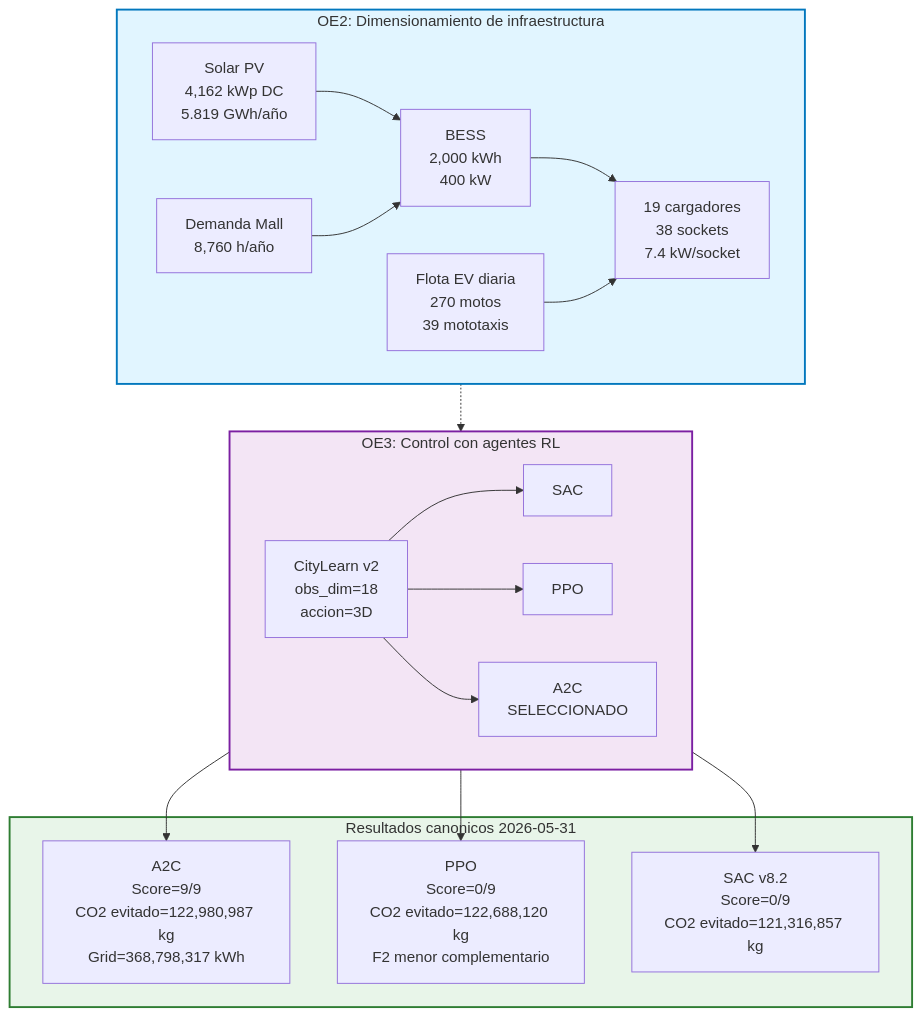
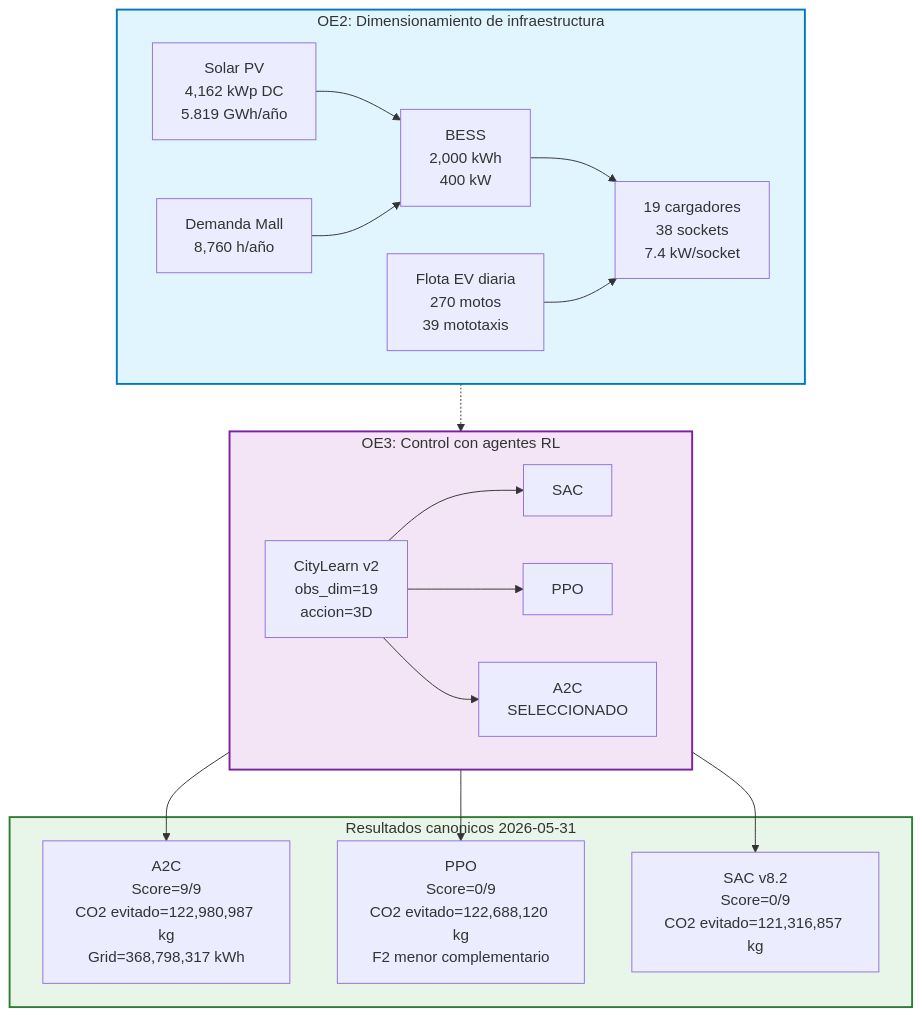
Before and after one commit to Mac-Tapia/dise-opvbesscar: the diagram in reports/01_ARQUITECTURA_PROYECTO.mmd, drawn with Mermaid. The commit also changed 65 other files, not shown here.

First line of the commit message:
fix(values): purge all stale 4050/obs_dim=18 across entire codebase

```diff
--- a/reports/01_ARQUITECTURA_PROYECTO.mmd
+++ b/reports/01_ARQUITECTURA_PROYECTO.mmd
@@ -1,41 +1,41 @@
 graph TB
     subgraph OE2["OE2: Dimensionamiento de infraestructura"]
         direction LR
         SOL["Solar PV<br/>4,162 kWp DC<br/>5.819 GWh/año"]
         MALL["Demanda Mall<br/>8,760 h/año"]
         BESS["BESS<br/>2,000 kWh<br/>400 kW"]
         CARGADORES["19 cargadores<br/>38 sockets<br/>7.4 kW/socket"]
         EV["Flota EV diaria<br/>270 motos<br/>39 mototaxis"]
 
         SOL --> BESS
         MALL --> BESS
         BESS --> CARGADORES
         EV --> CARGADORES
     end
 
     subgraph OE3["OE3: Control con agentes RL"]
         direction LR
-        CL["CityLearn v2<br/>obs_dim=18<br/>accion=3D"]
+        CL["CityLearn v2<br/>obs_dim=19<br/>accion=3D"]
         SAC["SAC"]
         PPO["PPO"]
         A2C["A2C<br/>SELECCIONADO"]
 
         CL --> SAC
         CL --> PPO
         CL --> A2C
     end
 
     subgraph RESULTADOS["Resultados canonicos 2026-05-31"]
         A2C_R["A2C<br/>Score=9/9<br/>CO2 evitado=122,980,987 kg<br/>Grid=368,798,317 kWh"]
         PPO_R["PPO<br/>Score=0/9<br/>CO2 evitado=122,688,120 kg<br/>F2 menor complementario"]
         SAC_R["SAC v8.2<br/>Score=0/9<br/>CO2 evitado=121,316,857 kg"]
     end
 
     OE2 -.-> OE3
     PPO --> PPO_R
     A2C --> A2C_R
     SAC --> SAC_R
 
     style OE2 fill:#e1f5ff,stroke:#0277bd,stroke-width:2px
     style OE3 fill:#f3e5f5,stroke:#7b1fa2,stroke-width:2px
     style RESULTADOS fill:#e8f5e9,stroke:#2e7d32,stroke-width:2px
```
